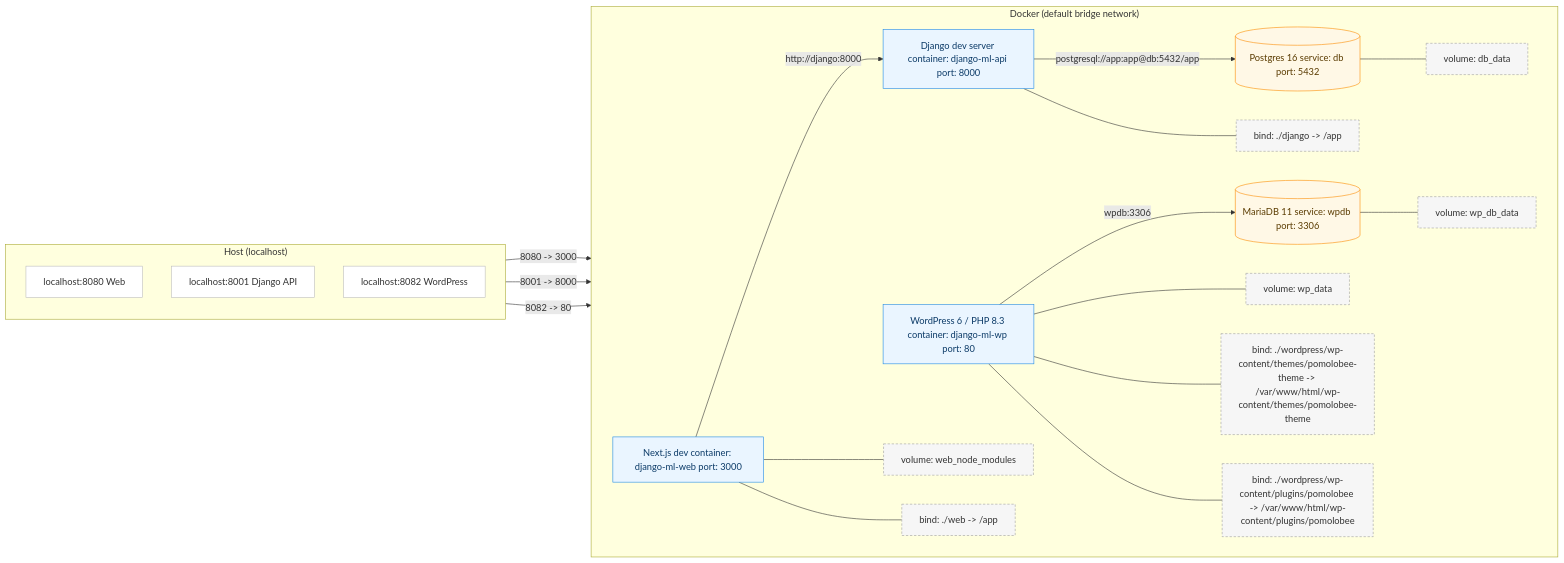
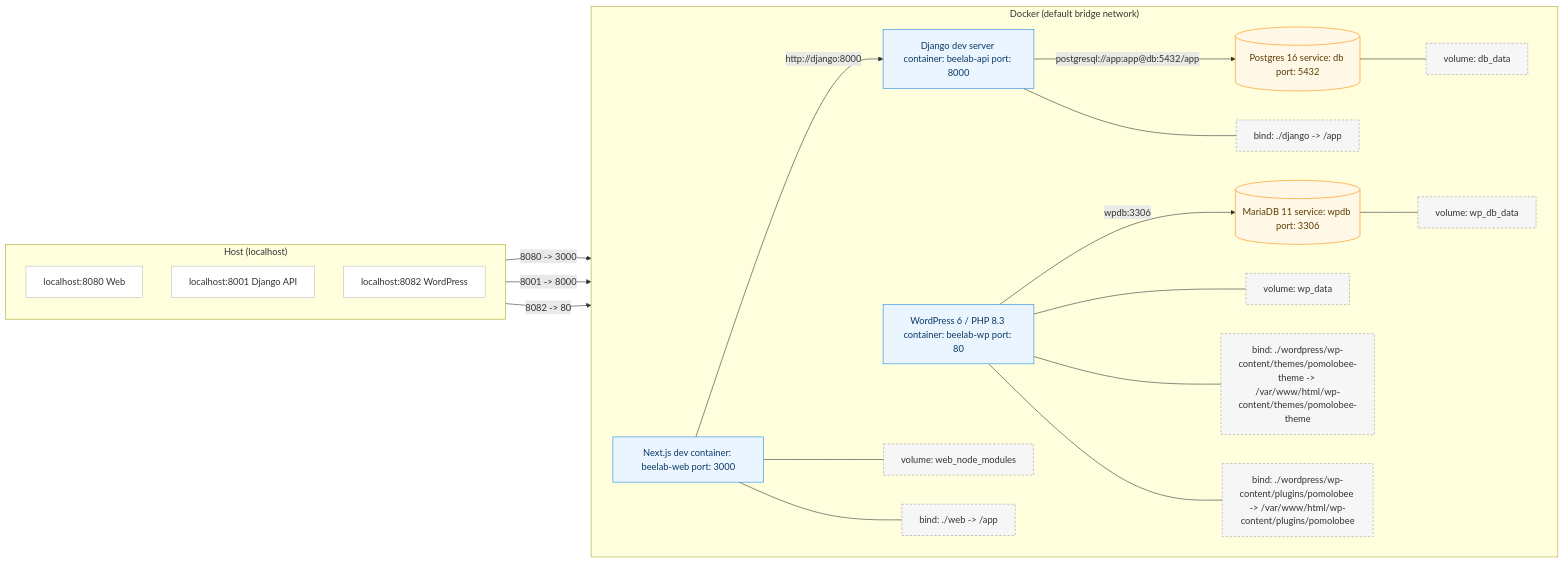
The diagram in README.md (nathabee/django-ml), drawn with Mermaid before and after one commit. The commit also changed other lines of this file and 14 other files, not shown here.

````diff
--- a/README.md
+++ b/README.md
@@ -16,49 +16,49 @@
 ```mermaid 
 flowchart LR
   %% =========== Styles ===========
   classDef svc fill:#eaf5ff,stroke:#1e88e5,color:#0b3a67;
   classDef db  fill:#fff8e6,stroke:#fb8c00,color:#5a3b00;
   classDef vol fill:#f6f6f6,stroke:#9e9e9e,stroke-dasharray:4 3,color:#333;
   classDef host fill:#ffffff,stroke:#bdbdbd,color:#333;
 
   %% =========== Host (ports) ===========
   subgraph Host["Host (localhost)"]
     direction TB
     H8080["localhost:8080 Web"]:::host
     H8001["localhost:8001 Django API"]:::host
     H8082["localhost:8082 WordPress"]:::host
   end
 
   %% =========== Docker network ===========
   subgraph Docker["Docker (default bridge network)"]
     direction LR
 
-    Web["Next.js dev container: django-ml-web port: 3000"]:::svc
-    Django["Django dev server container: django-ml-api port: 8000"]:::svc
+    Web["Next.js dev container: beelab-web port: 3000"]:::svc
+    Django["Django dev server container: beelab-api port: 8000"]:::svc
     PG[("Postgres 16 service: db port: 5432")]:::db
-    WP["WordPress 6 / PHP 8.3 container: django-ml-wp port: 80"]:::svc
+    WP["WordPress 6 / PHP 8.3 container: beelab-wp port: 80"]:::svc
     WPDB[("MariaDB 11 service: wpdb port: 3306")]:::db
 
     %% Service links
     Web -- "http://django:8000" --> Django
     Django -- "postgresql://app:app@db:5432/app" --> PG
     WP -- "wpdb:3306" --> WPDB
 
     %% Volumes & bind mounts
     Web --- VNM["volume: web_node_modules"]:::vol
     PG  --- VPG["volume: db_data"]:::vol
     WP  --- VWP["volume: wp_data"]:::vol
     WPDB --- VWPD["volume: wp_db_data"]:::vol
 
     Web --- BWEB["bind: ./web -> /app"]:::vol
     Django --- BDJ["bind: ./django -> /app"]:::vol
     WP --- BTH["bind: ./wordpress/wp-content/themes/pomolobee-theme -> /var/www/html/wp-content/themes/pomolobee-theme"]:::vol
     WP --- BPL["bind: ./wordpress/wp-content/plugins/pomolobee -> /var/www/html/wp-content/plugins/pomolobee"]:::vol
   end
 
   %% =========== Port mappings (host -> containers) ===========
   H8080 -->|"8080 -> 3000"| Web
   H8001 -->|"8001 -> 8000"| Django
   H8082 -->|"8082 -> 80"| WP
 
 ```
````
